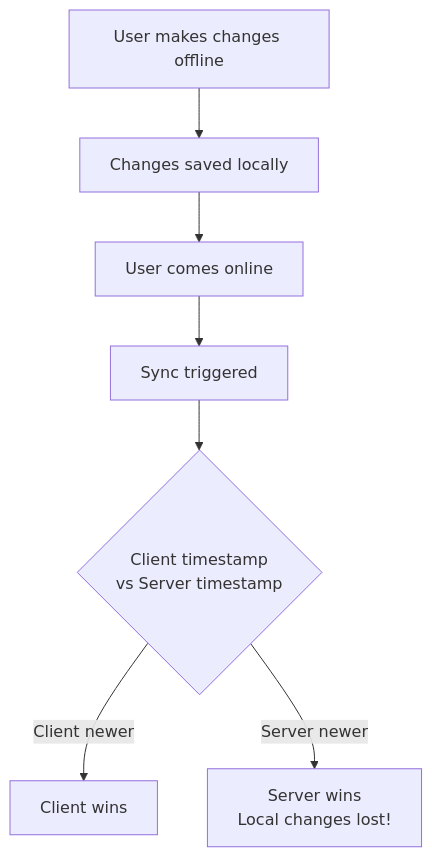
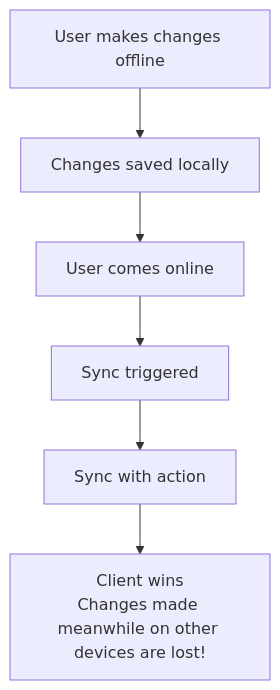
The fourth of 7 diagrams in docs/dict-sync-flow.md (pnlpal/dictionariez), drawn with Mermaid before and after one commit. The commit also changed other lines of this file and 6 other files, not shown here.

Commit message:
refine sync dicts flow, so always check conflicts for the first time sync

````diff
--- a/docs/dict-sync-flow.md
+++ b/docs/dict-sync-flow.md
@@ -79,9 +83,8 @@
 ```mermaid
 flowchart TD
     E3A[User makes changes offline] --> E3B[Changes saved locally]
     E3B --> E3C[User comes online]
     E3C --> E3D[Sync triggered]
-    E3D --> E3E{Client timestamp<br/>vs Server timestamp}
-    E3E -->|Client newer| E3F[Client wins]
-    E3E -->|Server newer| E3G[Server wins<br/>Local changes lost!]
+    E3D --> E3E[Sync with action]
+    E3E --> E3F[Client wins<br/>Changes made meanwhile on other devices are lost!]
 ```
````
